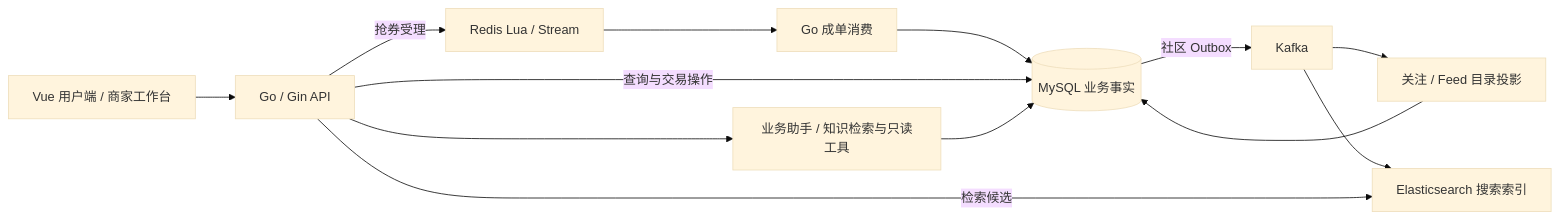
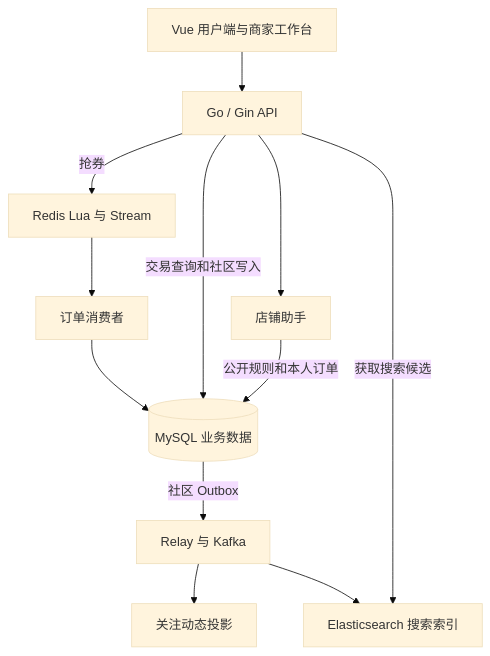
Before and after one commit to tech-cove01/project-full-stack: the diagram in README.md, drawn with Mermaid (base theme). The commit also changed other lines of this file and 1 other file, not shown here.

````diff
--- a/README.md
+++ b/README.md
@@ -41,15 +30,14 @@
 ```mermaid
-flowchart LR
-    UI["Vue 用户端 / 商家工作台"] --> API["Go / Gin API"]
-    API -->|抢券受理| Gate["Redis Lua / Stream"]
-    Gate --> Order["Go 成单消费"]
-    Order --> DB[("MySQL 业务事实")]
-    API -->|查询与交易操作| DB
-    DB -->|社区 Outbox| Kafka["Kafka"]
-    Kafka --> Feed["关注 / Feed 目录投影"]
-    Feed --> DB
+flowchart TB
+    UI["Vue 用户端与商家工作台"] --> API["Go / Gin API"]
+    API -->|抢券| Gate["Redis Lua 与 Stream"]
+    Gate --> Orders["订单消费者"]
+    Orders --> DB[("MySQL 业务数据")]
+    API -->|交易查询和社区写入| DB
+    DB -->|社区 Outbox| Kafka["Relay 与 Kafka"]
+    Kafka --> Feed["关注动态投影"]
     Kafka --> ES["Elasticsearch 搜索索引"]
-    API -->|检索候选| ES
-    API --> AI["业务助手 / 知识检索与只读工具"]
-    AI --> DB
+    API -->|获取搜索候选| ES
+    API --> Helper["店铺助手"]
+    Helper -->|公开规则和本人订单| DB
 ```
````
